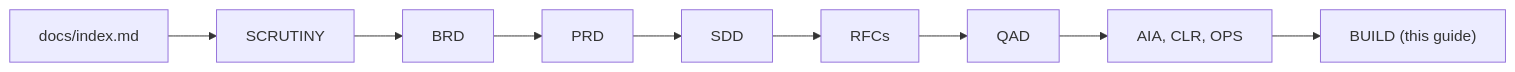
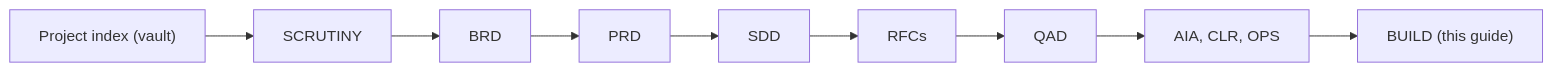
The diagram in AGENTS.md (ceezey/SILVR), drawn with Mermaid before and after one commit. The commit also changed other lines of this file and 49 other files, not shown here.

First line of the commit message:
docs: move project docs to the AI Memory Vault and retire the materializer

````diff
--- a/AGENTS.md
+++ b/AGENTS.md
@@ -18,11 +24,11 @@
 ```mermaid
 flowchart LR
-    I["docs/index.md"] --> S["SCRUTINY"]
+    I["Project index (vault)"] --> S["SCRUTINY"]
     S --> B["BRD"]
     B --> P["PRD"]
     P --> D["SDD"]
     D --> R["RFCs"]
     R --> Q["QAD"]
     Q --> X["AIA, CLR, OPS"]
     X --> G["BUILD (this guide)"]
 ```
````
